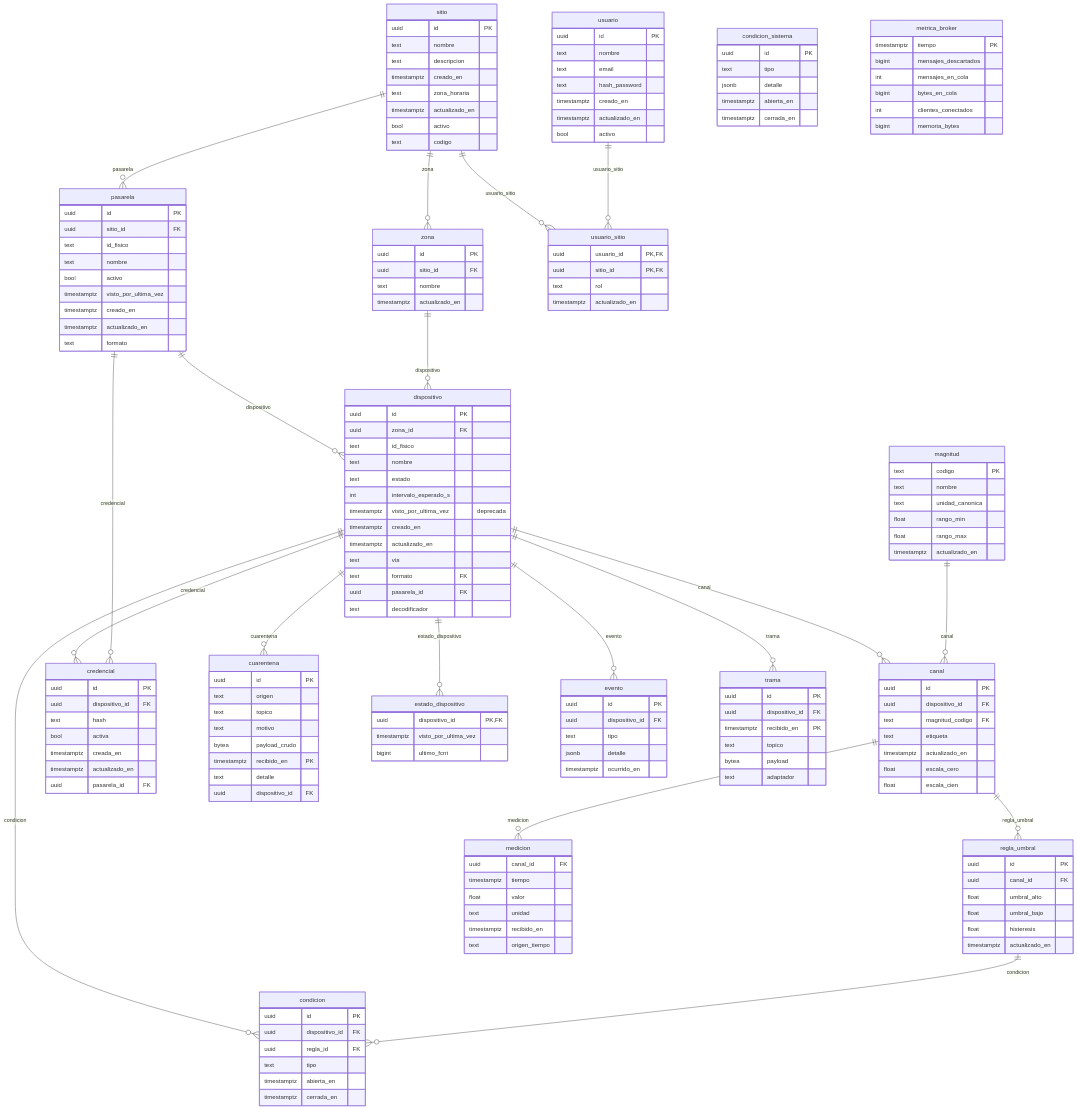
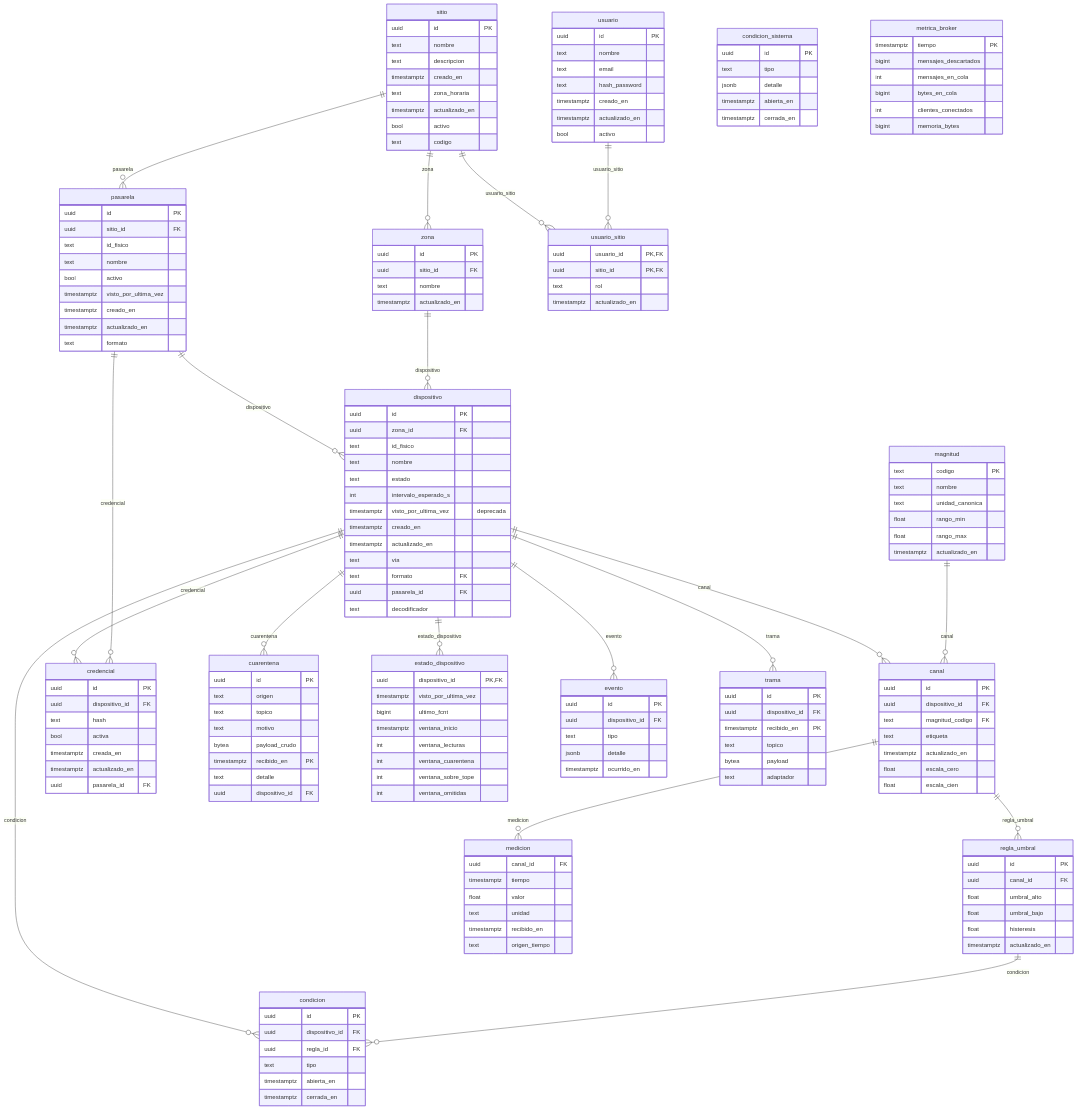
The diagram in informe-oficial/figuras/mermaid/modelo-datos.mmd (vicenterami/tesis), drawn with Mermaid before and after one commit. The commit also changed 59 other files, not shown here.

```diff
--- a/informe-oficial/figuras/mermaid/modelo-datos.mmd
+++ b/informe-oficial/figuras/mermaid/modelo-datos.mmd
@@ -1,171 +1,176 @@
 erDiagram
     dispositivo ||--o{ canal : canal
     magnitud ||--o{ canal : canal
     dispositivo ||--o{ condicion : condicion
     regla_umbral ||--o{ condicion : condicion
     dispositivo ||--o{ credencial : credencial
     pasarela ||--o{ credencial : credencial
     dispositivo ||--o{ cuarentena : cuarentena
     pasarela ||--o{ dispositivo : dispositivo
     zona ||--o{ dispositivo : dispositivo
     dispositivo ||--o{ estado_dispositivo : estado_dispositivo
     dispositivo ||--o{ evento : evento
     canal ||--o{ medicion : medicion
     sitio ||--o{ pasarela : pasarela
     canal ||--o{ regla_umbral : regla_umbral
     dispositivo ||--o{ trama : trama
     sitio ||--o{ usuario_sitio : usuario_sitio
     usuario ||--o{ usuario_sitio : usuario_sitio
     sitio ||--o{ zona : zona
     canal {
         uuid id PK
         uuid dispositivo_id FK
         text magnitud_codigo FK
         text etiqueta
         timestamptz actualizado_en
         float escala_cero
         float escala_cien
     }
     condicion {
         uuid id PK
         uuid dispositivo_id FK
         uuid regla_id FK
         text tipo
         timestamptz abierta_en
         timestamptz cerrada_en
     }
     condicion_sistema {
         uuid id PK
         text tipo
         jsonb detalle
         timestamptz abierta_en
         timestamptz cerrada_en
     }
     credencial {
         uuid id PK
         uuid dispositivo_id FK
         text hash
         bool activa
         timestamptz creada_en
         timestamptz actualizado_en
         uuid pasarela_id FK
     }
     cuarentena {
         uuid id PK
         text origen
         text topico
         text motivo
         bytea payload_crudo
         timestamptz recibido_en PK
         text detalle
         uuid dispositivo_id FK
     }
     dispositivo {
         uuid id PK
         uuid zona_id FK
         text id_fisico
         text nombre
         text estado
         int intervalo_esperado_s
         timestamptz visto_por_ultima_vez "deprecada"
         timestamptz creado_en
         timestamptz actualizado_en
         text via
         text formato FK
         uuid pasarela_id FK
         text decodificador
     }
     estado_dispositivo {
         uuid dispositivo_id PK,FK
         timestamptz visto_por_ultima_vez
         bigint ultimo_fcnt
+        timestamptz ventana_inicio
+        int ventana_lecturas
+        int ventana_cuarentena
+        int ventana_sobre_tope
+        int ventana_omitidas
     }
     evento {
         uuid id PK
         uuid dispositivo_id FK
         text tipo
         jsonb detalle
         timestamptz ocurrido_en
     }
     magnitud {
         text codigo PK
         text nombre
         text unidad_canonica
         float rango_min
         float rango_max
         timestamptz actualizado_en
     }
     medicion {
         uuid canal_id FK
         timestamptz tiempo
         float valor
         text unidad
         timestamptz recibido_en
         text origen_tiempo
     }
     metrica_broker {
         timestamptz tiempo PK
         bigint mensajes_descartados
         int mensajes_en_cola
         bigint bytes_en_cola
         int clientes_conectados
         bigint memoria_bytes
     }
     pasarela {
         uuid id PK
         uuid sitio_id FK
         text id_fisico
         text nombre
         bool activo
         timestamptz visto_por_ultima_vez
         timestamptz creado_en
         timestamptz actualizado_en
         text formato
     }
     regla_umbral {
         uuid id PK
         uuid canal_id FK
         float umbral_alto
         float umbral_bajo
         float histeresis
         timestamptz actualizado_en
     }
     sitio {
         uuid id PK
         text nombre
         text descripcion
         timestamptz creado_en
         text zona_horaria
         timestamptz actualizado_en
         bool activo
         text codigo
     }
     trama {
         uuid id PK
         uuid dispositivo_id FK
         timestamptz recibido_en PK
         text topico
         bytea payload
         text adaptador
     }
     usuario {
         uuid id PK
         text nombre
         text email
         text hash_password
         timestamptz creado_en
         timestamptz actualizado_en
         bool activo
     }
     usuario_sitio {
         uuid usuario_id PK,FK
         uuid sitio_id PK,FK
         text rol
         timestamptz actualizado_en
     }
     zona {
         uuid id PK
         uuid sitio_id FK
         text nombre
         timestamptz actualizado_en
     }
```
